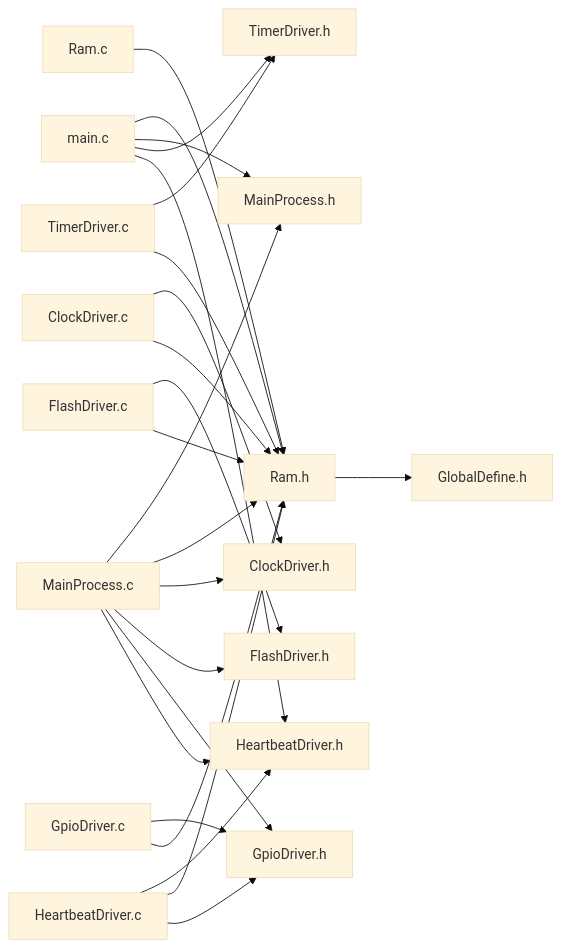
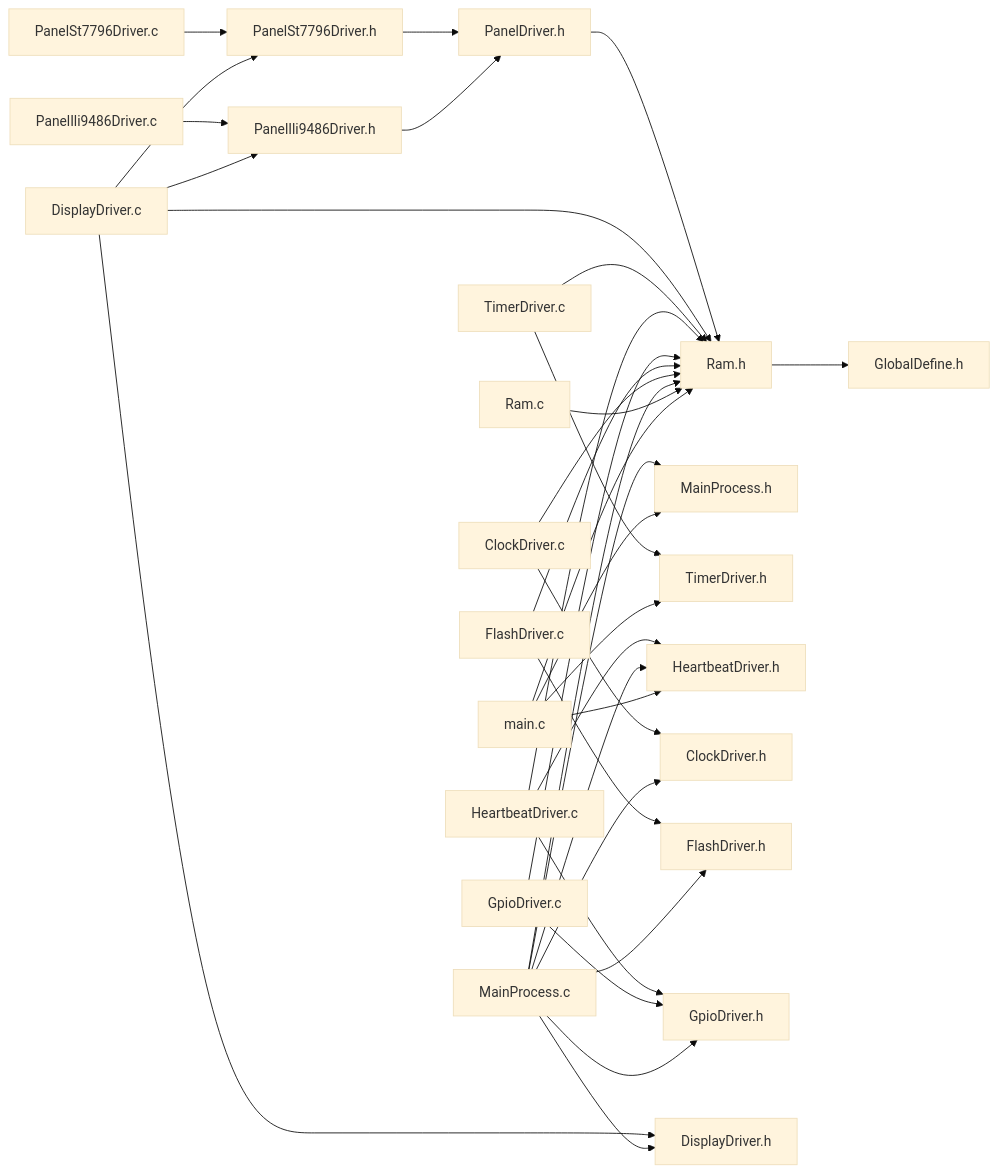
The second of 6 diagrams in Sw/README.md (rodgutzal/Airsoft-MultipurposeGameModeTool), drawn with Mermaid (base theme) before and after one commit. The commit also changed other lines of this file and 14 other files, not shown here.

Commit message:
DisplayDriver y paneles ILI9486 / ST7796U sobre bus i80 de 16 bits

````diff
--- a/Sw/README.md
+++ b/Sw/README.md
@@ -84,26 +89,36 @@
 ```mermaid
 flowchart LR
   main_c["main.c"] --> Ram_h["Ram.h"]
   main_c --> MainProcess_h["MainProcess.h"]
   main_c --> TimerDriver_h["TimerDriver.h"]
   main_c --> HeartbeatDriver_h["HeartbeatDriver.h"]
   Ram_h --> GlobalDefine_h["GlobalDefine.h"]
   Ram_c["Ram.c"] --> Ram_h
   MainProcess_c["MainProcess.c"] --> MainProcess_h
   MainProcess_c --> Ram_h
   MainProcess_c --> ClockDriver_h["ClockDriver.h"]
   ClockDriver_c["ClockDriver.c"] --> ClockDriver_h
   ClockDriver_c --> Ram_h
   MainProcess_c --> FlashDriver_h["FlashDriver.h"]
   FlashDriver_c["FlashDriver.c"] --> FlashDriver_h
   FlashDriver_c --> Ram_h
   MainProcess_c --> GpioDriver_h["GpioDriver.h"]
   GpioDriver_c["GpioDriver.c"] --> GpioDriver_h
   GpioDriver_c --> Ram_h
   MainProcess_c --> HeartbeatDriver_h
   HeartbeatDriver_c["HeartbeatDriver.c"] --> HeartbeatDriver_h
   HeartbeatDriver_c --> Ram_h
   HeartbeatDriver_c --> GpioDriver_h
   TimerDriver_c["TimerDriver.c"] --> TimerDriver_h
   TimerDriver_c --> Ram_h
+  MainProcess_c --> DisplayDriver_h["DisplayDriver.h"]
+  DisplayDriver_c["DisplayDriver.c"] --> DisplayDriver_h
+  DisplayDriver_c --> Ram_h
+  DisplayDriver_c --> PanelIli9486Driver_h["PanelIli9486Driver.h"]
+  DisplayDriver_c --> PanelSt7796Driver_h["PanelSt7796Driver.h"]
+  PanelIli9486Driver_h --> PanelDriver_h["PanelDriver.h"]
+  PanelSt7796Driver_h --> PanelDriver_h
+  PanelDriver_h --> Ram_h
+  PanelIli9486Driver_c["PanelIli9486Driver.c"] --> PanelIli9486Driver_h
+  PanelSt7796Driver_c["PanelSt7796Driver.c"] --> PanelSt7796Driver_h
 ```
````
